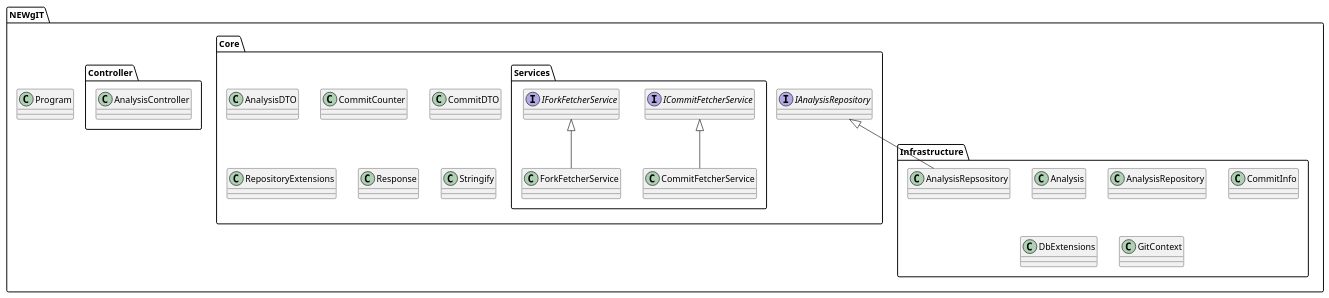
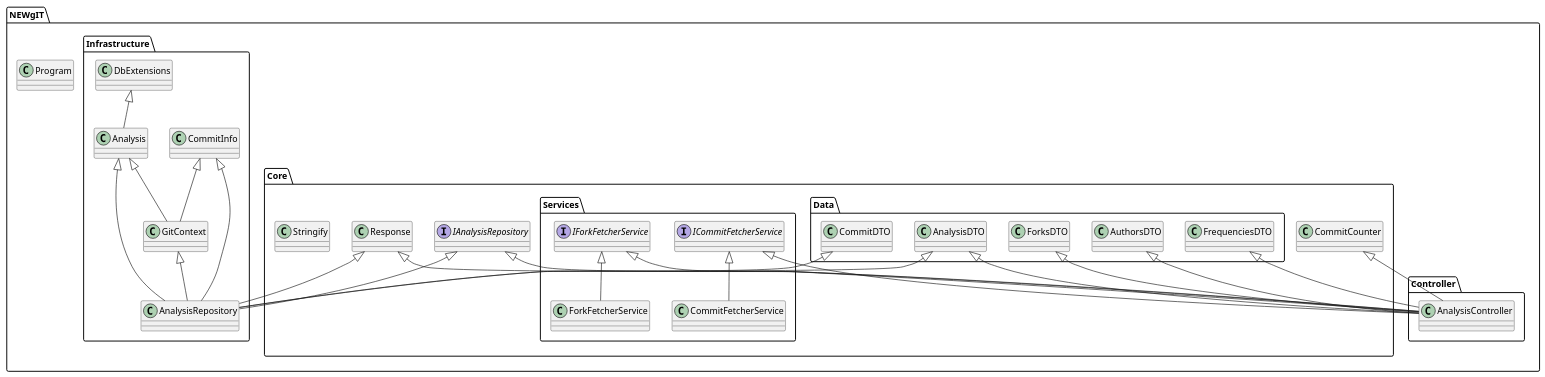
Before and after one commit to atro-itu/bdsa-project-newgit: the first of 2 diagrams in docs/diagrams-code.md, drawn with PlantUML.

Commit message:
add depencies
iss #78

````diff
--- a/docs/diagrams-code.md
+++ b/docs/diagrams-code.md
@@ -9,40 +9,63 @@
 ```plantuml
 @startuml packageDiagram
 
 namespace NEWgIT.Core {
   namespace Services{
     class CommitFetcherService{}
     class ForkFetcherService{}
     interface ICommitFetcherService{}
     interface IForkFetcherService{}
   }
-  class AnalysisDTO {}
+  namespace Data {
+    class AnalysisDTO {}
+    class CommitDTO{}
+    class AuthorsDTO{}
+    class ForksDTO{}
+    class FrequenciesDTO{}
+  }
   class CommitCounter{}
-  class CommitDTO{}
   interface IAnalysisRepository{}
-  class RepositoryExtensions{}
+  'class RepositoryExtensions{}'
   class Response{}
   class Stringify{}
 }
 
 namespace NEWgIT.Infrastructure{
   class Analysis{}
   class AnalysisRepository{}
   class CommitInfo{}
   class DbExtensions{}
   class GitContext{}
 }
 
 namespace NEWgIT{
   namespace Controller{
     class AnalysisController{}
   }
   class Program{}
 }
 
-NEWgIT.Core.IAnalysisRepository <|-- NEWgIT.Infrastructure.AnalysisRepsository
+NEWgIT.Core.IAnalysisRepository <|-- NEWgIT.Infrastructure.AnalysisRepository
 NEWgIT.Core.Services.ICommitFetcherService <|-- NEWgIT.Core.Services.CommitFetcherService
 NEWgIT.Core.Services.IForkFetcherService <|-- NEWgIT.Core.Services.ForkFetcherService
+NEWgIT.Infrastructure.GitContext <|-- NEWgIT.Infrastructure.AnalysisRepository
+NEWgIT.Core.Response <|-- NEWgIT.Infrastructure.AnalysisRepository
+NEWgIT.Infrastructure.Analysis <|-- NEWgIT.Infrastructure.AnalysisRepository
+NEWgIT.Core.Data.AnalysisDTO <|-- NEWgIT.Infrastructure.AnalysisRepository
+NEWgIT.Core.Data.CommitDTO <|-- NEWgIT.Infrastructure.AnalysisRepository
+NEWgIT.Infrastructure.CommitInfo <|-- NEWgIT.Infrastructure.AnalysisRepository
+NEWgIT.Infrastructure.DbExtensions <|-- NEWgIT.Infrastructure.Analysis
+NEWgIT.Infrastructure.Analysis <|-- NEWgIT.Infrastructure.GitContext
+NEWgIT.Infrastructure.CommitInfo <|-- NEWgIT.Infrastructure.GitContext
+NEWgIT.Core.IAnalysisRepository <|-- NEWgIT.Controller.AnalysisController
+NEWgIT.Core.Services.ICommitFetcherService <|-- NEWgIT.Controller.AnalysisController
+NEWgIT.Core.Services.IForkFetcherService <|-- NEWgIT.Controller.AnalysisController
+NEWgIT.Core.Data.AuthorsDTO <|-- NEWgIT.Controller.AnalysisController
+NEWgIT.Core.Data.FrequenciesDTO <|-- NEWgIT.Controller.AnalysisController
+NEWgIT.Core.CommitCounter <|-- NEWgIT.Controller.AnalysisController
+NEWgIT.Core.Data.ForksDTO <|-- NEWgIT.Controller.AnalysisController
+NEWgIT.Core.Data.AnalysisDTO <|-- NEWgIT.Controller.AnalysisController
+NEWgIT.Core.Response <|-- NEWgIT.Controller.AnalysisController
 
 @enduml
 ```
````
